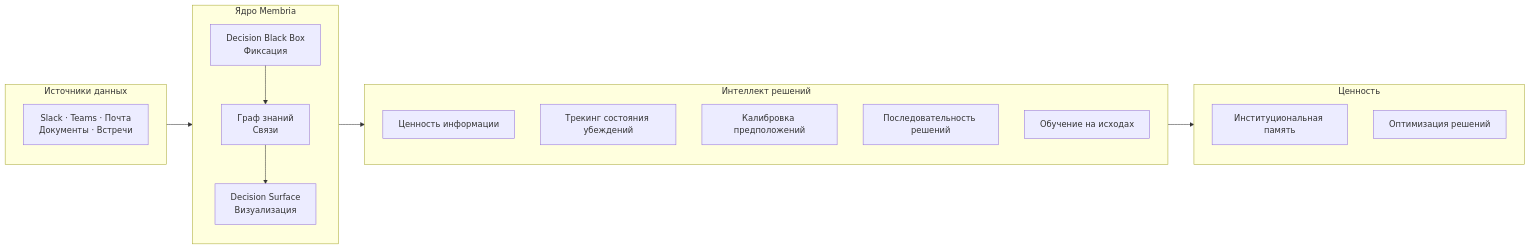
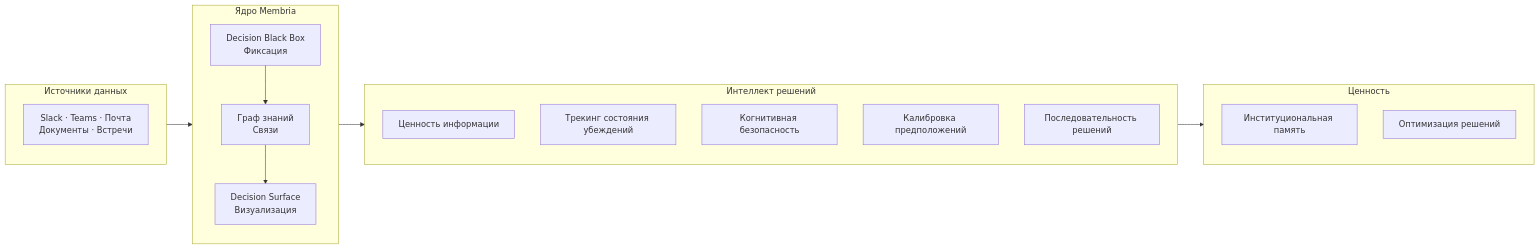
One commit to membria/docs-ru changed the first of 2 diagrams in membria-technology-overview.md. Above: the diagram before and after it, drawn with Mermaid. The commit also changed 11 other files, not shown here.

````diff
--- a/membria-technology-overview.md
+++ b/membria-technology-overview.md
@@ -45,25 +45,25 @@
 ```mermaid
 flowchart LR
     subgraph sources["Источники данных"]
         s1["Slack · Teams · Почта<br/>Документы · Встречи"]
     end
 
     subgraph membria["Ядро Membria"]
         dbb["Decision Black Box<br/>Фиксация"] --> kg["Граф знаний<br/>Связи"] --> ds["Decision Surface<br/>Визуализация"]
     end
 
     subgraph intel["Интеллект решений"]
         voi["Ценность информации"]
         belief["Трекинг состояния убеждений"]
+        safe["Когнитивная безопасность"]
         calib["Калибровка предположений"]
         seq["Последовательность решений"]
-        learn["Обучение на исходах"]
     end
 
     subgraph value["Ценность"]
         v1["Институциональная память"]
         v2["Оптимизация решений"]
     end
 
     sources --> membria --> intel --> value
 ```
````
